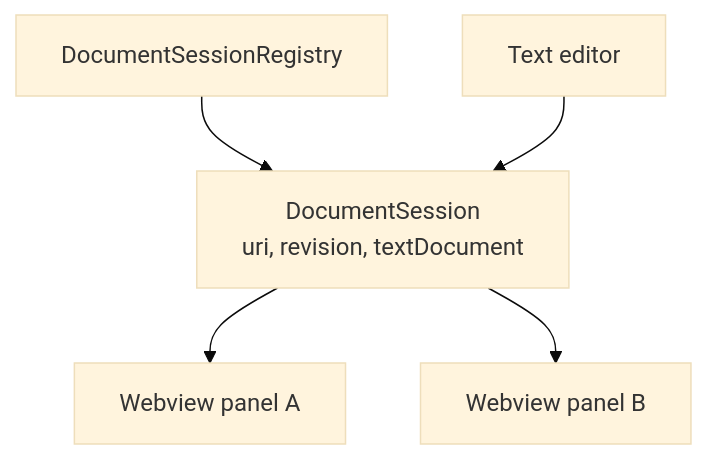
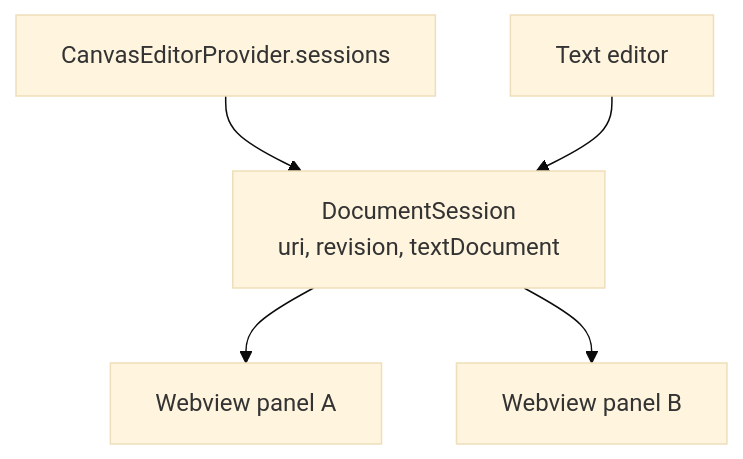
The third of 3 diagrams in docs/architecture/vscode-extension-host-integration/README.md (ev3rlit/boardmark), drawn with Mermaid (base theme) before and after one commit. The commit also changed other lines of this file and 11 other files, not shown here.

````diff
--- a/docs/architecture/vscode-extension-host-integration/README.md
+++ b/docs/architecture/vscode-extension-host-integration/README.md
@@ -224,13 +230,13 @@
 ```mermaid
 flowchart TD
-  Registry["DocumentSessionRegistry"]
+  Registry["CanvasEditorProvider.sessions"]
   Session["DocumentSession<br>uri, revision, textDocument"]
   PanelA["Webview panel A"]
   PanelB["Webview panel B"]
   Text["Text editor"]
 
   Registry --> Session
   Session --> PanelA
   Session --> PanelB
   Text --> Session
 ```
````
